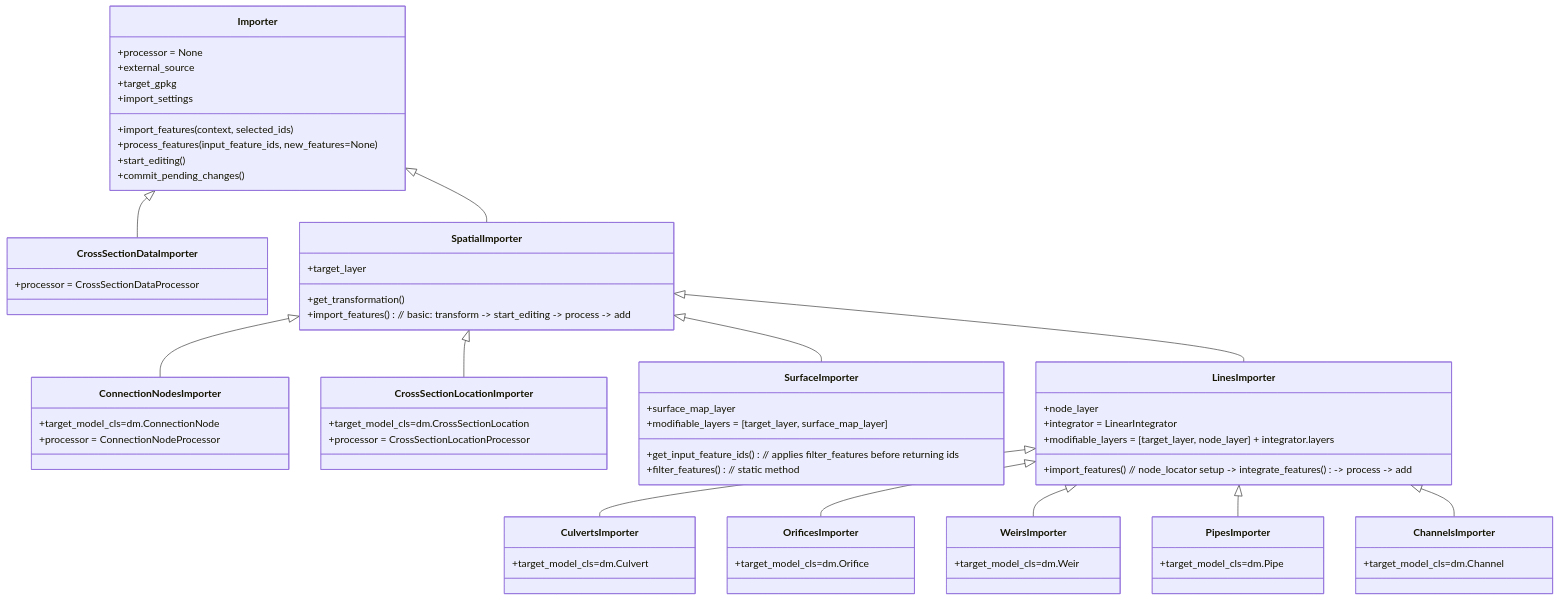
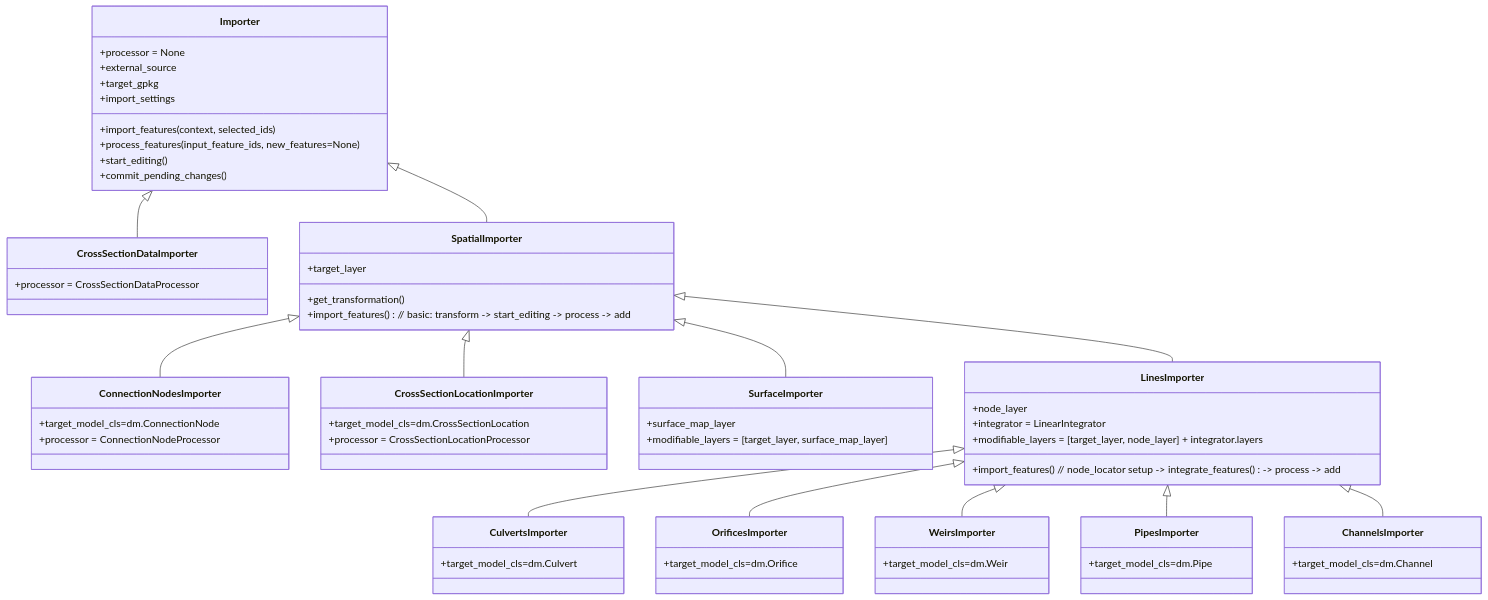
The third of 5 diagrams in threedi_schematisation_editor/vector_data_importer/DESIGN.md (nens/threedi-schematisation-editor), drawn with Mermaid before and after one commit. The commit also changed other lines of this file and 1 other file, not shown here.

````diff
--- a/threedi_schematisation_editor/vector_data_importer/DESIGN.md
+++ b/threedi_schematisation_editor/vector_data_importer/DESIGN.md
@@ -125,80 +120,78 @@
 ```mermaid
 classDiagram
     Importer <|-- CrossSectionDataImporter
     Importer <|-- SpatialImporter
     SpatialImporter <|-- ConnectionNodesImporter
     SpatialImporter <|-- CrossSectionLocationImporter
     SpatialImporter <|-- SurfaceImporter
     SpatialImporter <|-- LinesImporter
     LinesImporter <|-- CulvertsImporter
     LinesImporter <|-- OrificesImporter
     LinesImporter <|-- WeirsImporter
     LinesImporter <|-- PipesImporter
     LinesImporter <|-- ChannelsImporter
 
     class Importer {
         +processor = None
         +external_source
         +target_gpkg
         +import_settings       
         +import_features(context, selected_ids)
         +process_features(input_feature_ids, new_features=None)
         +start_editing()
         +commit_pending_changes()
     }
 
     class CrossSectionDataImporter{
         +processor = CrossSectionDataProcessor
     }
 
     class SpatialImporter {
         +target_layer
         +get_transformation()
         +import_features()   // basic: transform -> start_editing -> process -> add
     }
 
     class ConnectionNodesImporter {
         +target_model_cls=dm.ConnectionNode
         +processor = ConnectionNodeProcessor
     }
 
     class CrossSectionLocationImporter {
         +target_model_cls=dm.CrossSectionLocation
         +processor = CrossSectionLocationProcessor
     }
 
     class SurfaceImporter {
         +surface_map_layer
         +modifiable_layers = [target_layer, surface_map_layer]
-        +get_input_feature_ids() // applies filter_features before returning ids
-        +filter_features() // static method
     }
 
     class LinesImporter {
         +node_layer
         +integrator = LinearIntegrator
         +modifiable_layers = [target_layer, node_layer] + integrator.layers
         +import_features() // node_locator setup -> integrate_features() -> process -> add
     }
 
     class CulvertsImporter {
         +target_model_cls=dm.Culvert
     }
 
     class OrificesImporter {
         +target_model_cls=dm.Orifice
     }
     
     class WeirsImporter {
         +target_model_cls=dm.Weir
     }
     
     class PipesImporter {
         +target_model_cls=dm.Pipe
     }    
     
     class ChannelsImporter {
         +target_model_cls=dm.Channel
     }        
 
 ```
````
